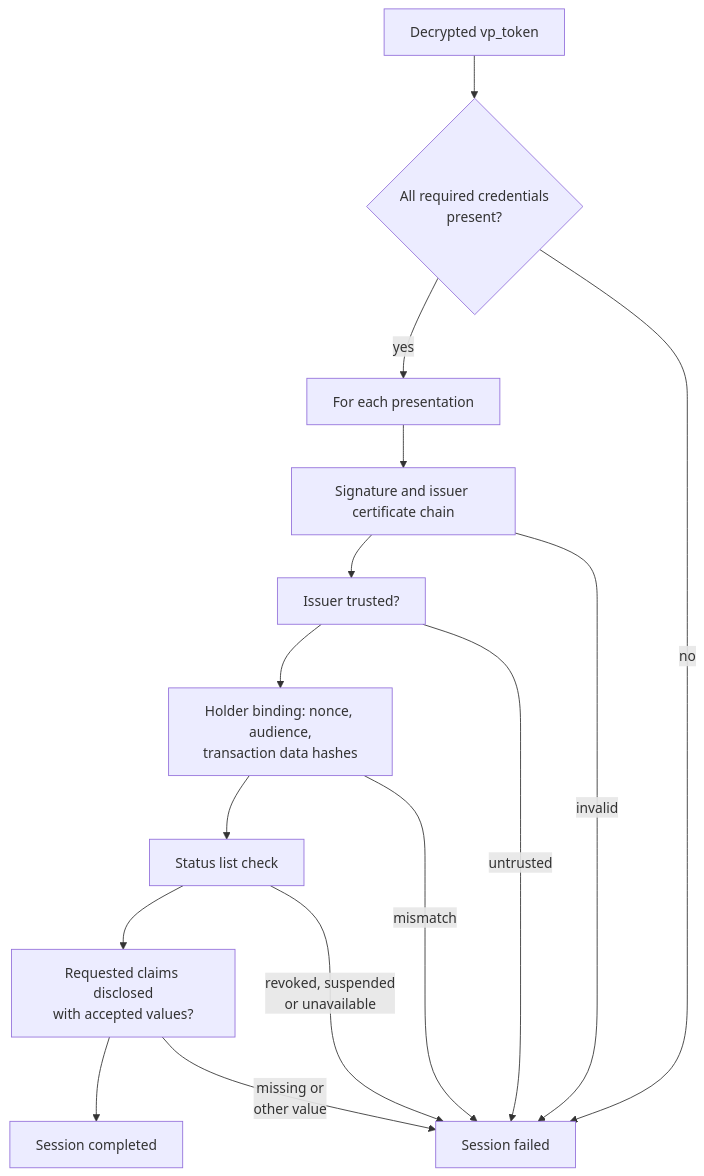
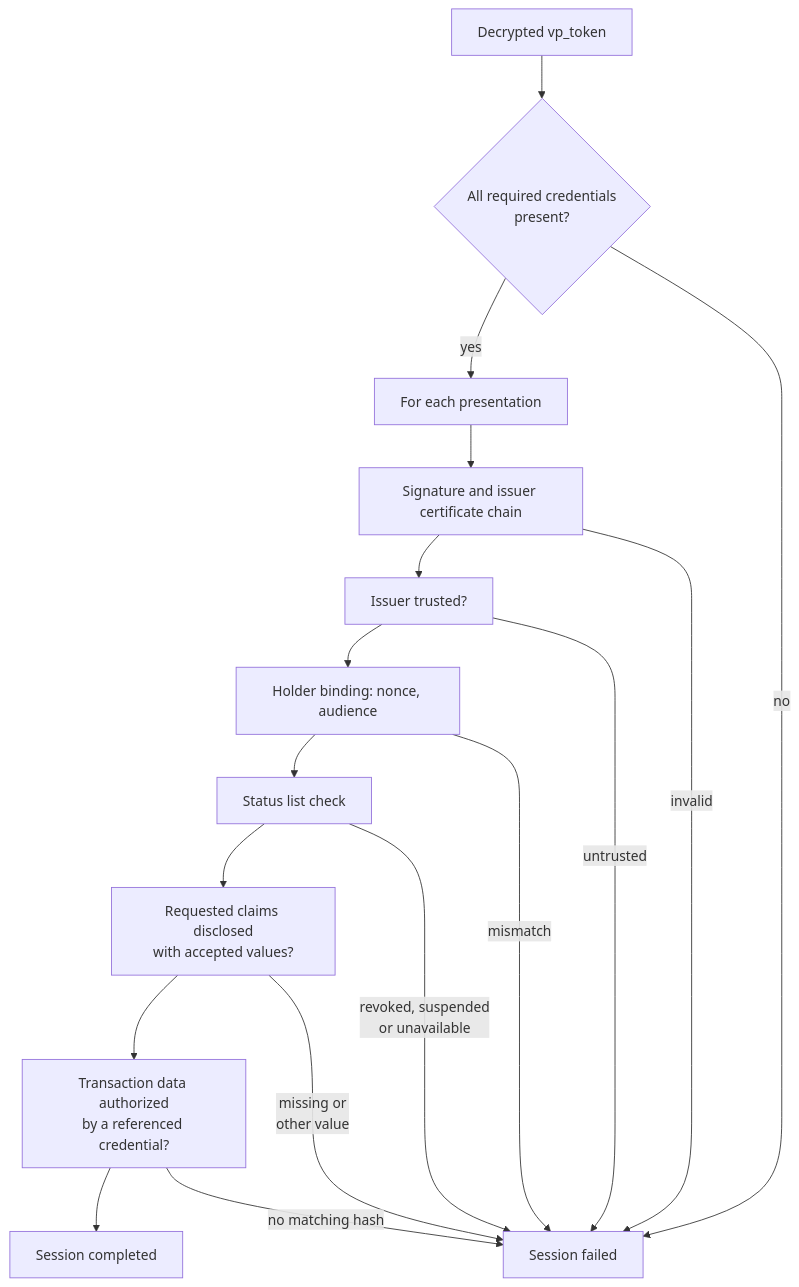
One commit to EUDIPLO/eudiplo changed the second of 3 diagrams in apps/docs/docs/concepts/presentation.md. Above: the diagram before and after it, drawn with Mermaid. The commit also changed other lines of this file and 28 other files, not shown here.

First line of the commit message:
fix(verifier)!: refuse transaction data that no presented SD-JWT VC authorizes (#1483)

````diff
--- a/apps/docs/docs/concepts/presentation.md
+++ b/apps/docs/docs/concepts/presentation.md
@@ -98,17 +98,19 @@
 ```mermaid
 flowchart TB
     R[Decrypted vp_token] --> C{All required credentials<br/>present?}
     C -->|yes| P[For each presentation]
     P --> S[Signature and issuer certificate chain]
     S --> T[Issuer trusted?]
-    T --> H[Holder binding: nonce, audience,<br/>transaction data hashes]
+    T --> H[Holder binding: nonce, audience]
     H --> X[Status list check]
     X --> Q[Requested claims disclosed<br/>with accepted values?]
-    Q --> OK[Session completed]
+    Q --> D[Transaction data authorized<br/>by a referenced credential?]
+    D --> OK[Session completed]
     C -->|no| F[Session failed]
     S -->|invalid| F
     T -->|untrusted| F
     H -->|mismatch| F
     X -->|revoked, suspended<br/>or unavailable| F
     Q -->|missing or<br/>other value| F
+    D -->|no matching hash| F
 ```
````
